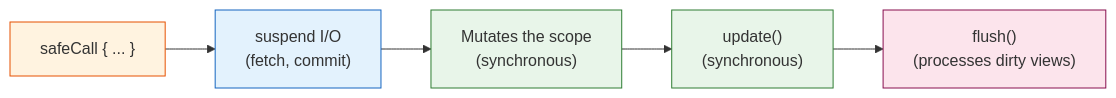
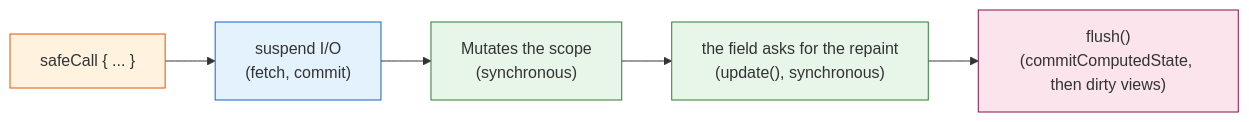
One commit to mrcdom/wdc-cube-kotlin changed diagram 17 of 19 in docs/architecture-cube.md. Above: the diagram before and after it, drawn with Mermaid. The commit also changed other lines of this file and 14 other files, not shown here.

````diff
--- a/docs/architecture-cube.md
+++ b/docs/architecture-cube.md
@@ -962,13 +1050,13 @@
 ```mermaid
 flowchart LR
     A["safeCall { ... }"] --> B["suspend I/O\n(fetch, commit)"]
     B --> C["Mutates the scope\n(synchronous)"]
-    C --> D["update()\n(synchronous)"]
-    D --> E["flush()\n(processes dirty views)"]
+    C --> D["the field asks for the repaint\n(update(), synchronous)"]
+    D --> E["flush()\n(commitComputedState, then dirty views)"]
 
     style A fill:#fff3e0,stroke:#e65100
     style B fill:#e3f2fd,stroke:#1565c0
     style C fill:#e8f5e9,stroke:#2e7d32
     style D fill:#e8f5e9,stroke:#2e7d32
     style E fill:#fce4ec,stroke:#880e4f
 ```
````
